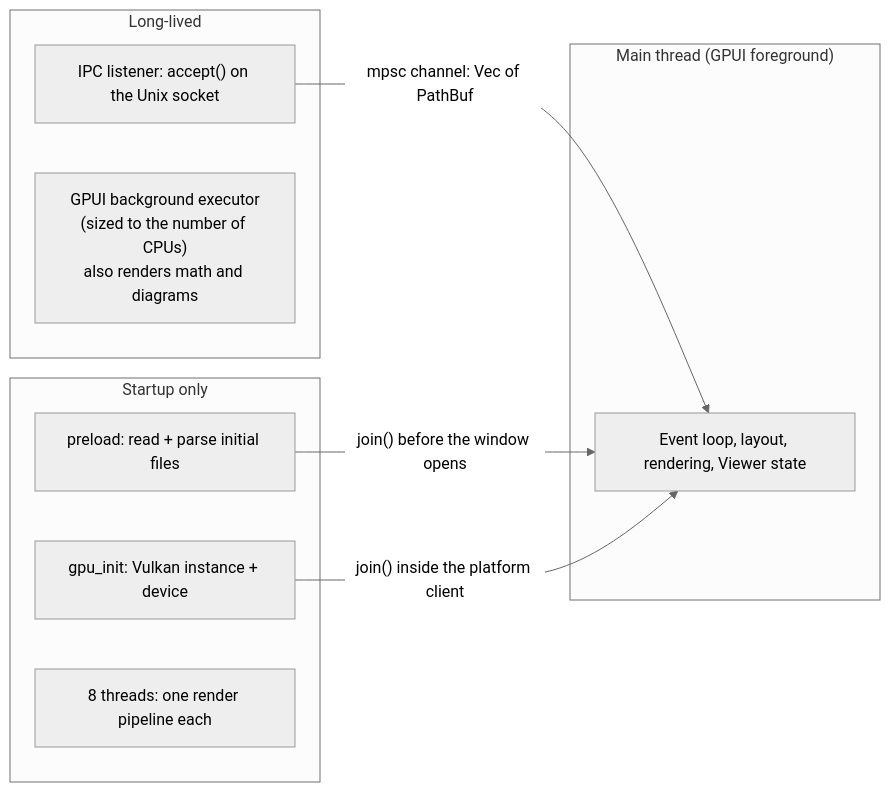
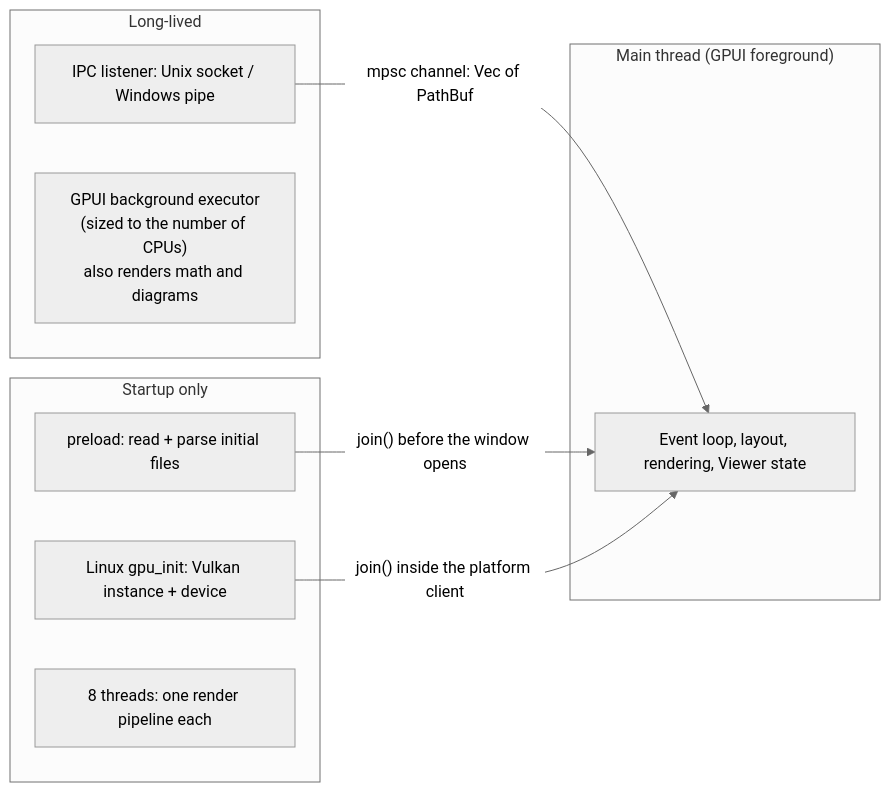
Before and after one commit to JorgeAgar/markdown-viewer-zed: the fourth of 6 diagrams in docs/architecture.md, drawn with Mermaid (neutral theme). The commit also changed other lines of this file and 18 other files, not shown here.

````diff
--- a/docs/architecture.md
+++ b/docs/architecture.md
@@ -180,18 +182,18 @@
 ```mermaid
 flowchart LR
     subgraph Main["Main thread (GPUI foreground)"]
         UI["Event loop, layout, rendering, Viewer state"]
     end
     subgraph Startup["Startup only"]
         P["preload: read + parse initial files"]
-        G["gpu_init: Vulkan instance + device"]
+        G["Linux gpu_init: Vulkan instance + device"]
         PL["8 threads: one render pipeline each"]
     end
     subgraph Long["Long-lived"]
-        IPC["IPC listener: accept() on the Unix socket"]
+        IPC["IPC listener: Unix socket / Windows pipe"]
         BG["GPUI background executor<br/>(sized to the number of CPUs)<br/>also renders math and diagrams"]
     end
     IPC -->|"mpsc channel: Vec of PathBuf"| UI
     P -->|"join() before the window opens"| UI
     G -->|"join() inside the platform client"| UI
 ```
````
